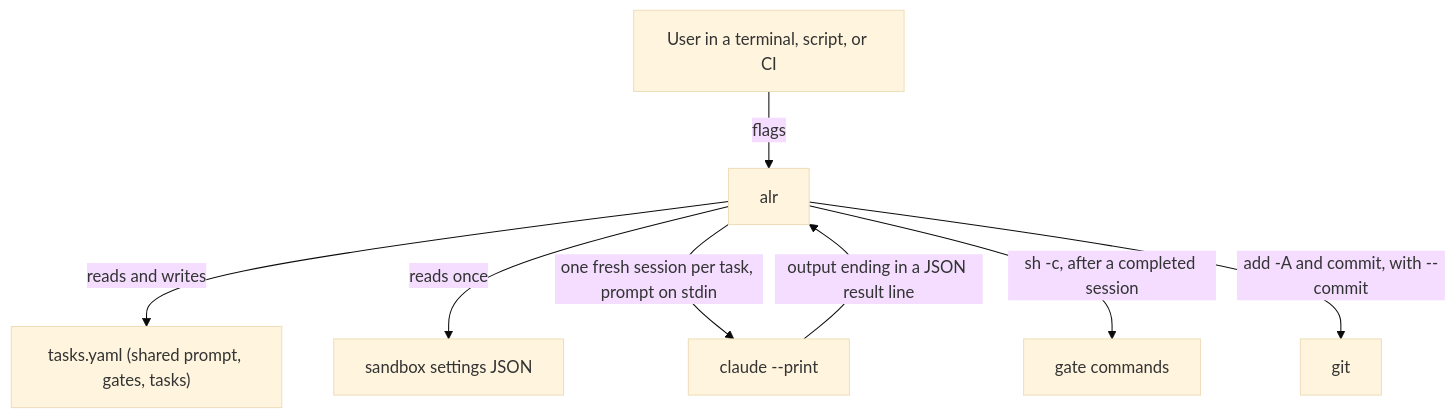
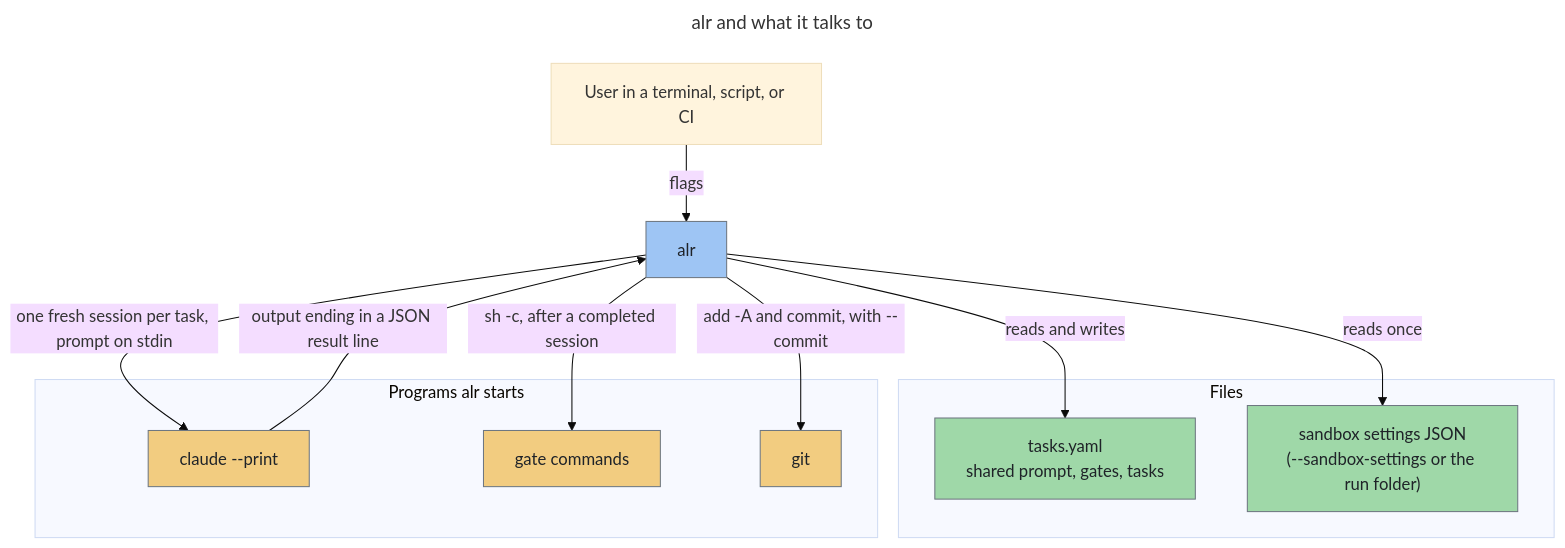
One commit to twistingmercury/agentic_loop_runner changed the diagram in docs/design/00_overview.md. Above: the diagram before and after it, drawn with Mermaid (base theme). The commit also changed other lines of this file and 3 other files, not shown here.

First line of the commit message:
Reformat the overview diagrams and fix gralph doc paths

````diff
--- a/docs/design/00_overview.md
+++ b/docs/design/00_overview.md
@@ -30,10 +30,31 @@
 ```mermaid
-graph TB
-    User[User in a terminal, script, or CI] -->|flags| ALR["alr"]
-    ALR -->|reads and writes| Tasks["tasks.yaml (shared prompt, gates, tasks)"]
-    ALR -->|reads once| Settings["sandbox settings JSON"]
-    ALR -->|one fresh session per task, prompt on stdin| Claude["claude --print"]
-    Claude -->|output ending in a JSON result line| ALR
-    ALR -->|sh -c, after a completed session| Gates["gate commands"]
-    ALR -->|add -A and commit, with --commit| Git["git"]
+---
+title: alr and what it talks to
+---
+flowchart TD
+    user["User in a terminal, script, or CI"]
+    alr["alr"]:::blue
+
+    subgraph files["Files"]
+        tasks["tasks.yaml<br/>shared prompt, gates, tasks"]:::green
+        sandbox["sandbox settings JSON<br/>(--sandbox-settings or the run folder)"]:::green
+    end
+
+    subgraph programs["Programs alr starts"]
+        claude["claude --print"]:::amber
+        gates["gate commands"]:::amber
+        git["git"]:::amber
+    end
+
+    user -->|flags| alr
+    alr -->|reads and writes| tasks
+    alr -->|reads once| sandbox
+    alr -->|"one fresh session per task, prompt on stdin"| claude
+    claude -->|"output ending in a JSON result line"| alr
+    alr -->|"sh -c, after a completed session"| gates
+    alr -->|"add -A and commit, with --commit"| git
+
+    classDef blue fill:#9ec5f4,stroke:#6e7781,color:#1f2328
+    classDef green fill:#9fd8a8,stroke:#6e7781,color:#1f2328
+    classDef amber fill:#f2cc80,stroke:#6e7781,color:#1f2328
 ```
````
